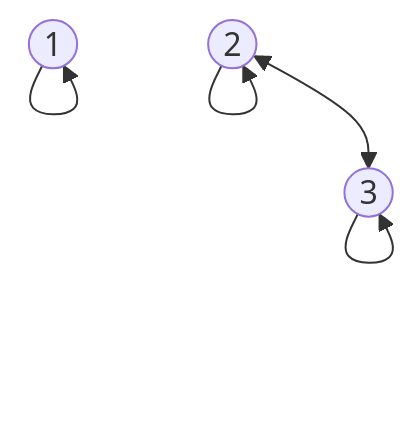
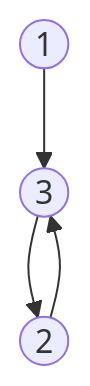
Before and after one commit to bweston6/uol-cs-notes: the fourth of 5 diagrams in COMP109/Lectures/Week 7/2020-11-25-1.md, drawn with Mermaid. The commit also changed other lines of this file and 1 other file, not shown here.

````diff
--- a/COMP109/Lectures/Week 7/2020-11-25-1.md
+++ b/COMP109/Lectures/Week 7/2020-11-25-1.md
@@ -22,7 +84,6 @@
 ```mermaid
 graph TD
-1((1)) --> 1
-2((2)) --> 2
-3((3)) --> 3
-2 <--> 3
+1((1)) --> 3
+3((3)) --> 2
+2((2)) --> 3
 ```
````
